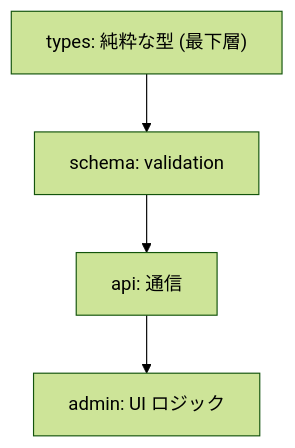
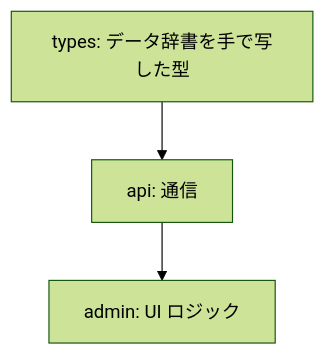
The first of 6 diagrams in docs/architecture.md (stein2nd/s2j-media-library-date-corrector), drawn with Mermaid (forest theme) before and after one commit. The commit also changed other lines of this file and 13 other files, not shown here.

````diff
--- a/docs/architecture.md
+++ b/docs/architecture.md
@@ -120,6 +96,5 @@
 ```mermaid
 flowchart TD
-  A["types: 純粋な型 (最下層)"] --> B["schema: validation"]
-  B --> C["api: 通信"]
-  C --> D["admin: UI ロジック"]
+  A["types: データ辞書を手で写した型"] --> B["api: 通信"]
+  B --> C["admin: UI ロジック"]
 ```
````
